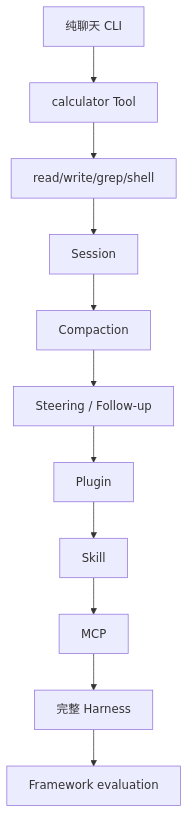
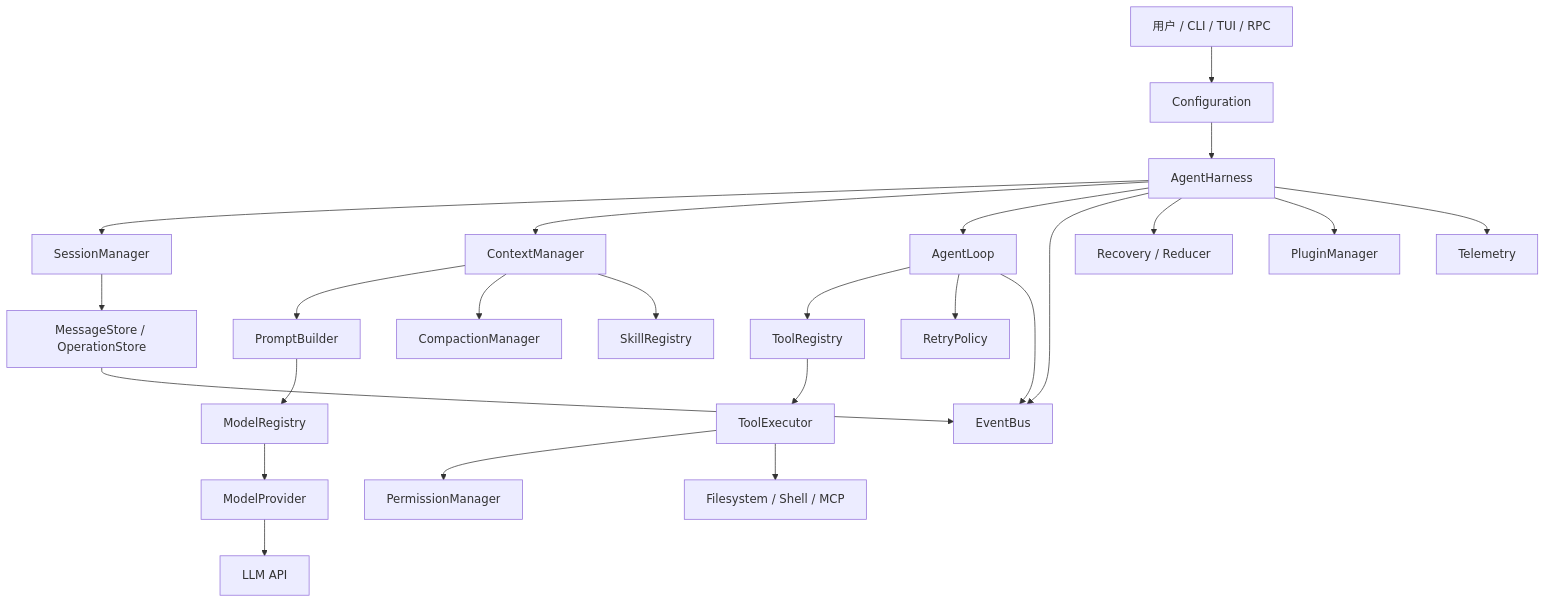
One commit to coolerks/pi-lean changed the first of 2 diagrams in ai-agent-learning/19-build-harness/architecture.mdx. Above: the diagram before and after it, drawn with Mermaid. The commit also changed other lines of this file and 135 other files, not shown here.

````diff
--- a/ai-agent-learning/19-build-harness/architecture.mdx
+++ b/ai-agent-learning/19-build-harness/architecture.mdx
@@ -8,13 +55,26 @@
 ```mermaid
 flowchart TB
-    A[纯聊天 CLI] --> B[calculator Tool]
-    B --> C[read/write/grep/shell]
-    C --> D[Session]
-    D --> E[Compaction]
-    E --> F[Steering / Follow-up]
-    F --> G[Plugin]
-    G --> H[Skill]
-    H --> I[MCP]
-    I --> J[完整 Harness]
-    J --> K[Framework evaluation]
+    User[用户 / CLI / TUI / RPC] --> Config[Configuration]
+    Config --> Harness[AgentHarness]
+    Harness --> Session[SessionManager]
+    Harness --> Context[ContextManager]
+    Harness --> Loop[AgentLoop]
+    Harness --> Events[EventBus]
+    Harness --> Recovery[Recovery / Reducer]
+    Context --> Prompt[PromptBuilder]
+    Prompt --> ModelRegistry[ModelRegistry]
+    ModelRegistry --> Provider[ModelProvider]
+    Provider --> LLM[LLM API]
+    Loop --> Tools[ToolRegistry]
+    Tools --> Executor[ToolExecutor]
+    Executor --> Permission[PermissionManager]
+    Executor --> External[Filesystem / Shell / MCP]
+    Session --> Store[MessageStore / OperationStore]
+    Loop --> Retry[RetryPolicy]
+    Context --> Compact[CompactionManager]
+    Context --> Skills[SkillRegistry]
+    Harness --> Plugins[PluginManager]
+    Harness --> Telemetry[Telemetry]
+    Store --> Events
+    Loop --> Events
 ```
````
